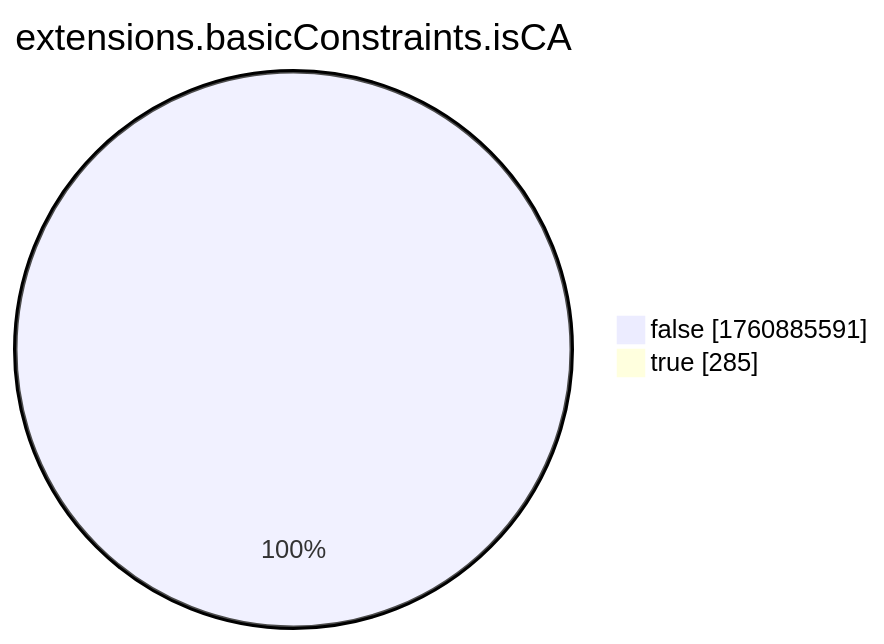
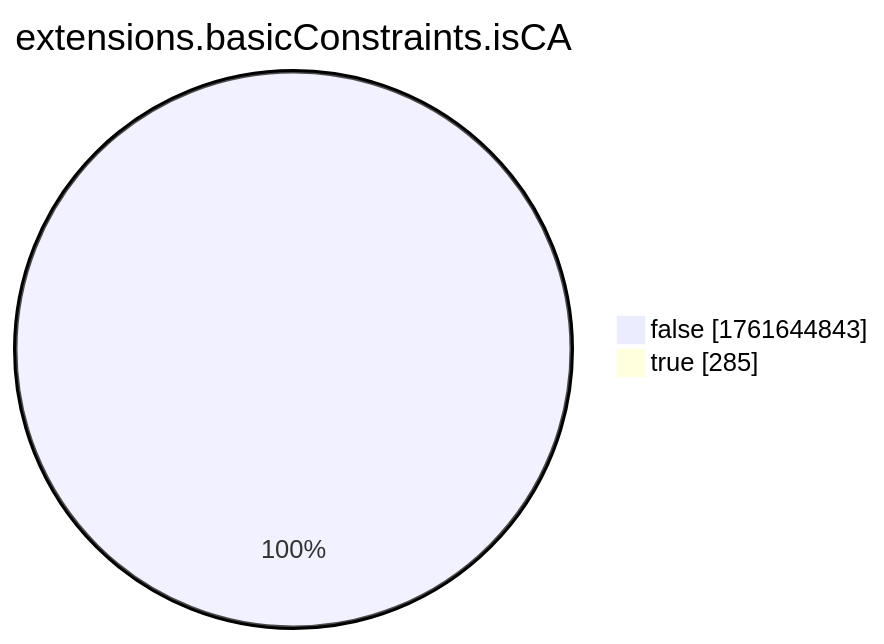
Before and after one commit to christiankrug/ctmonitor_visualization: the eighth of 15 diagrams in xenon2022/README.md, drawn with Mermaid. The commit also changed other lines of this file, not shown here.

````diff
--- a/xenon2022/README.md
+++ b/xenon2022/README.md
@@ -2868,6 +2868,6 @@
 ```mermaid
 pie showData
 title extensions.basicConstraints.isCA
-"false" :1760885591
+"false" :1761644843
 "true" :285
 ```
````
